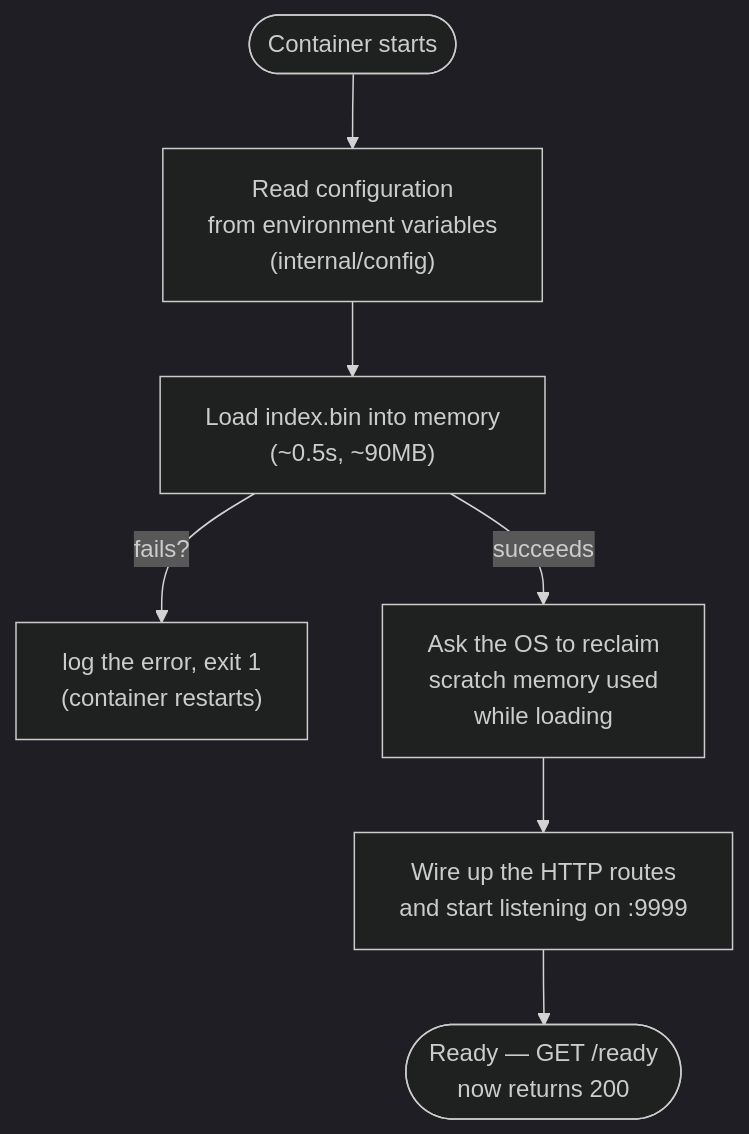
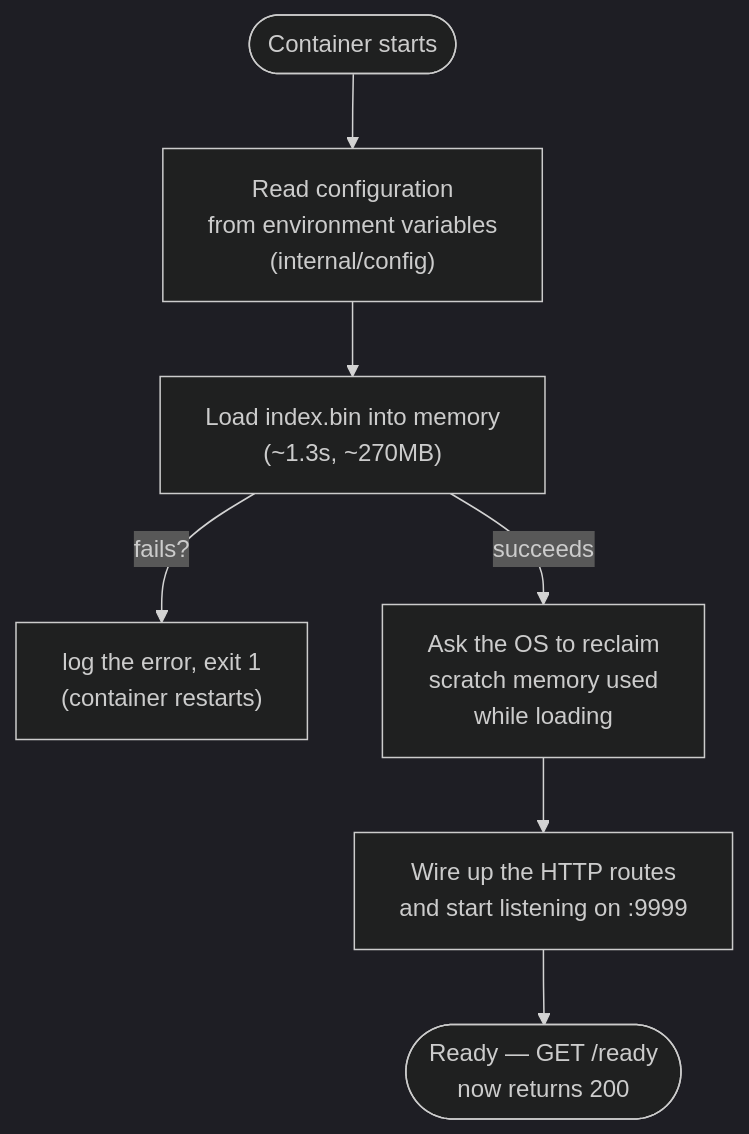
The fourth of 6 diagrams in .github/docs/APPLICATION_FLOW.md (KauanCarvalho/rinha-de-backend-2026-fraud-detector), drawn with Mermaid (dark theme) before and after one commit. The commit also changed other lines of this file and 10 other files, not shown here.

````diff
--- a/.github/docs/APPLICATION_FLOW.md
+++ b/.github/docs/APPLICATION_FLOW.md
@@ -149,9 +149,9 @@
 ```mermaid
 flowchart TD
     A([Container starts]) --> B["Read configuration<br/>from environment variables<br/>(internal/config)"]
-    B --> C["Load index.bin into memory<br/>(~0.5s, ~90MB)"]
+    B --> C["Load index.bin into memory<br/>(~1.3s, ~270MB)"]
     C -->|"fails?"| C1["log the error, exit 1<br/>(container restarts)"]
     C -->|"succeeds"| D["Ask the OS to reclaim<br/>scratch memory used<br/>while loading"]
     D --> E["Wire up the HTTP routes<br/>and start listening on :9999"]
     E --> F(["Ready — GET /ready<br/>now returns 200"])
 ```
````
